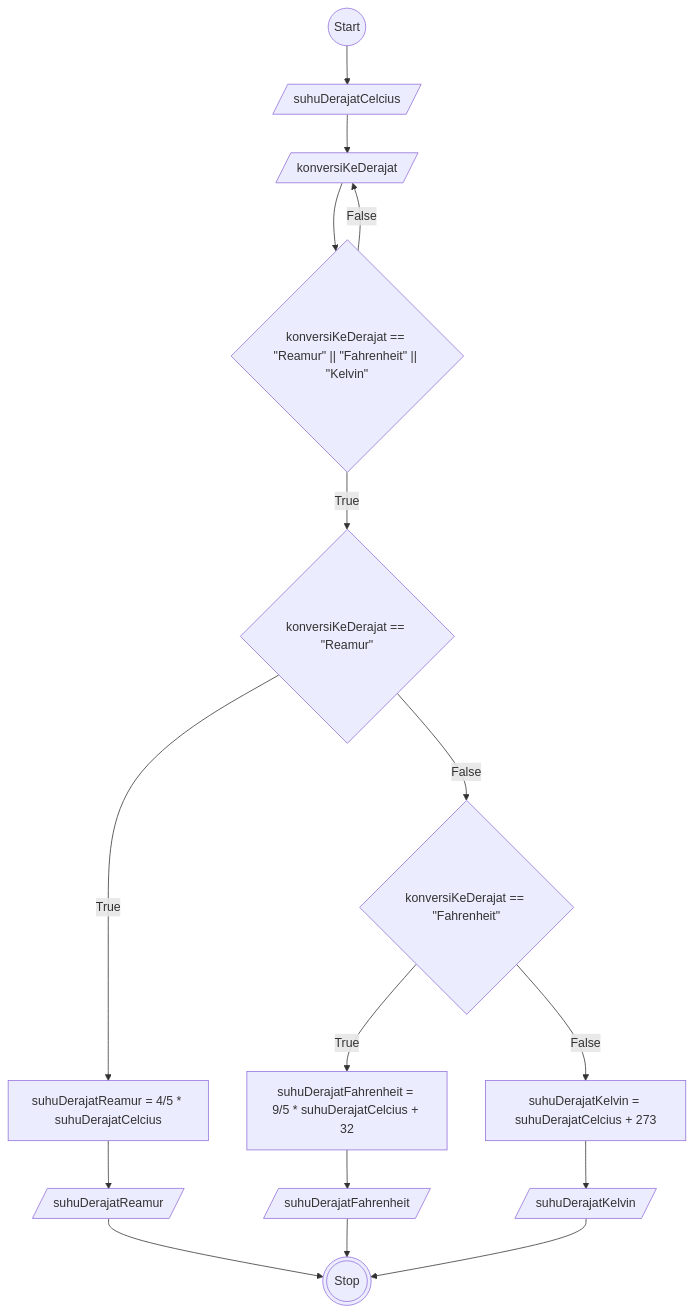
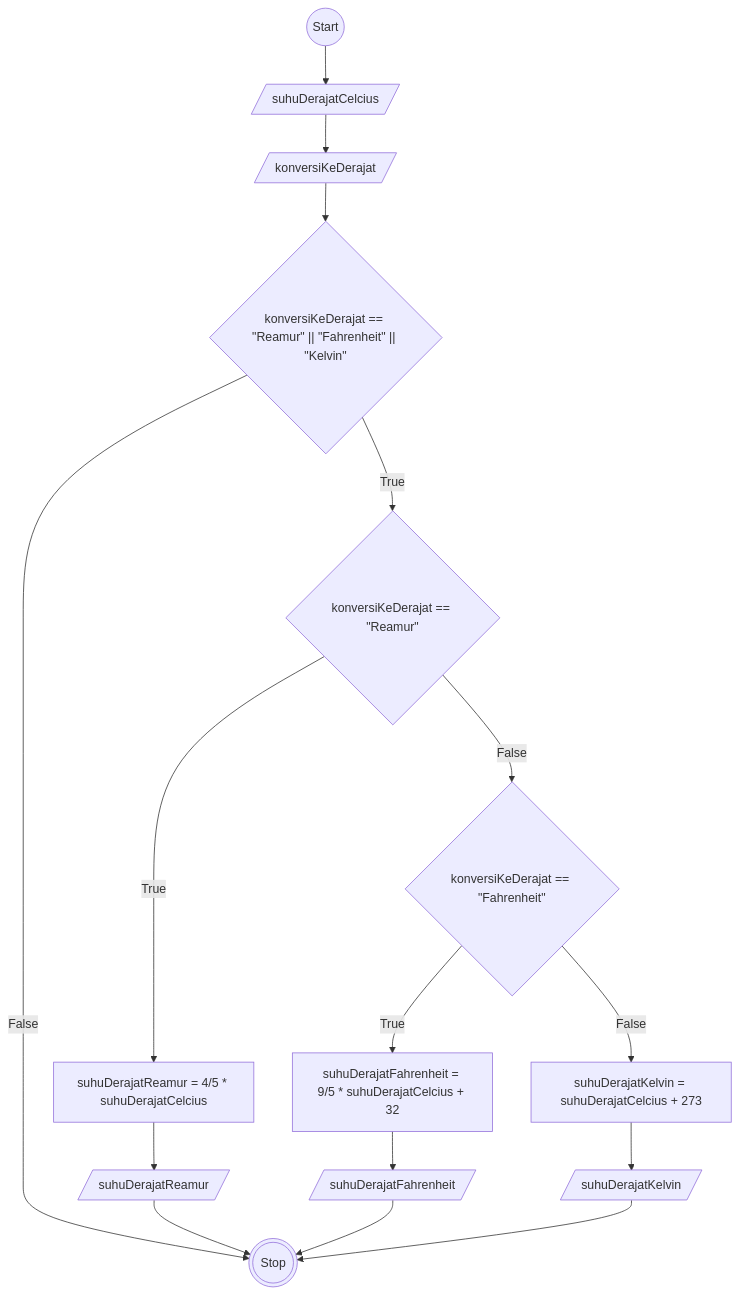
One commit to aldi-ardyansah/koda-b10-algo-impl changed the diagram in KONVERTER-SUHU.md. Above: the diagram before and after it, drawn with Mermaid. The commit also changed 1 other file, not shown here.

````diff
--- a/KONVERTER-SUHU.md
+++ b/KONVERTER-SUHU.md
@@ -14,30 +14,30 @@
 ```mermaid
 flowchart TD
     A((Start))
     B[/suhuDerajatCelcius/]
     C[/konversiKeDerajat/]
     D{konversiKeDerajat == #quot;Reamur#quot; #124;#124; #quot;Fahrenheit#quot; #124;#124; #quot;Kelvin#quot;}
     E{konversiKeDerajat == #quot;Reamur#quot;}
     F{konversiKeDerajat == #quot;Fahrenheit#quot;}
     G[suhuDerajatReamur = 4/5 * suhuDerajatCelcius]
     H[suhuDerajatFahrenheit = 9/5 * suhuDerajatCelcius + 32]
     I[suhuDerajatKelvin = suhuDerajatCelcius + 273]
     J[/suhuDerajatReamur/]
     K[/suhuDerajatFahrenheit/]
     L[/suhuDerajatKelvin/]
     Z(((Stop)))
 
     A --> B --> C --> D
-    D --False--> C
+    D --False--> Z
     D --True--> E
     E --False--> F
     E --True--> G
     F --False--> I
     F --True--> H
     G --> J
     H --> K
     I --> L
     J --> Z
     K --> Z
     L --> Z
 ```
````
